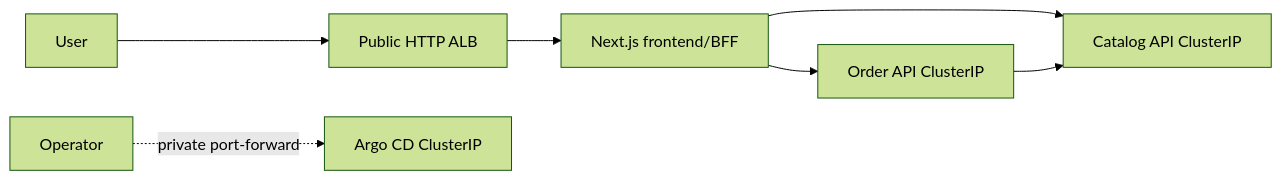
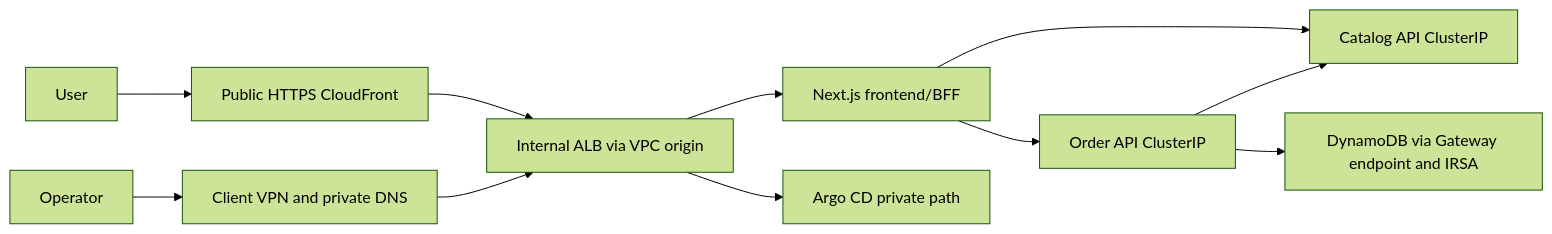
One commit to cloud-computing-microservice/techx-platform changed the diagram in README.md. Above: the diagram before and after it, drawn with Mermaid (forest theme). The commit also changed other lines of this file and 27 other files, not shown here.

````diff
--- a/README.md
+++ b/README.md
@@ -100,9 +100,13 @@
 ```mermaid
 flowchart LR
-  User --> ALB[Public HTTP ALB]
+  User --> CloudFront[Public HTTPS CloudFront]
+  CloudFront --> ALB[Internal ALB via VPC origin]
   ALB --> Frontend[Next.js frontend/BFF]
   Frontend --> Catalog[Catalog API ClusterIP]
   Frontend --> Order[Order API ClusterIP]
   Order --> Catalog
-  Admin[Operator] -. private port-forward .-> Argo[Argo CD ClusterIP]
+  Order --> DynamoDB[DynamoDB via Gateway endpoint and IRSA]
+  Admin[Operator] --> VPN[Client VPN and private DNS]
+  VPN --> ALB
+  ALB --> Argo[Argo CD private path]
 ```
````
